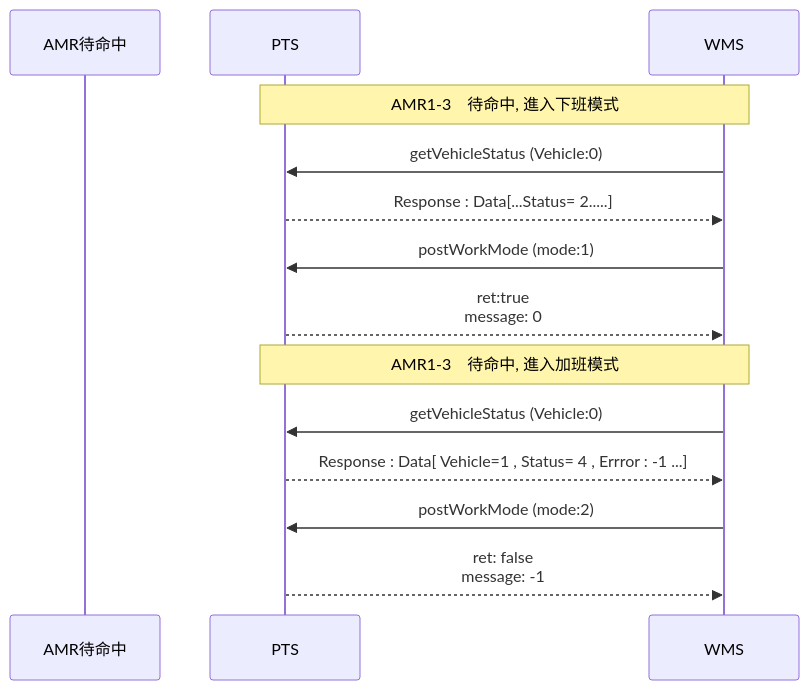
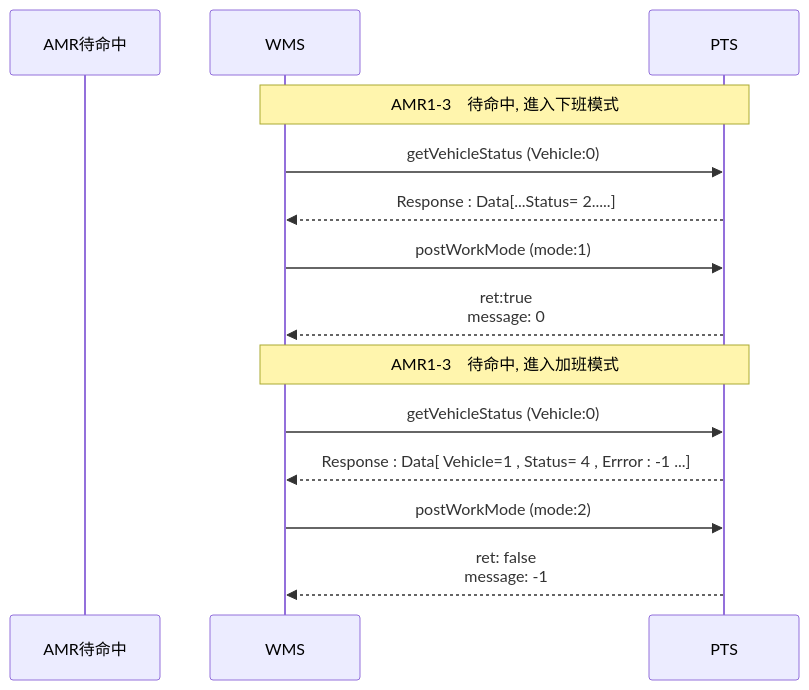
The ninth of 10 diagrams in README.md (athena-tircgo/amr-wms-lsj), drawn with Mermaid before and after one commit. The commit also changed other lines of this file, not shown here.

````diff
--- a/README.md
+++ b/README.md
@@ -457,22 +459,23 @@
 ```mermaid
 sequenceDiagram
     participant AMR待命中
+    participant WMS
     participant PTS
-    participant WMS
+    
 
 note over PTS,WMS: AMR1-3　待命中, 進入下班模式
 
      WMS->>PTS:getVehicleStatus (Vehicle:0)
      PTS-->>WMS : Response :  Data[...Status= 2.....]
 
      WMS->>PTS: postWorkMode (mode:1)
      PTS-->>WMS : ret:true <br> message: 0
 
 
 note over PTS,WMS:  AMR1-3　待命中, 進入加班模式
 　　　WMS->>PTS:getVehicleStatus (Vehicle:0)
      PTS-->>WMS : Response :  Data[ Vehicle=1 , Status= 4 , Errror : -1 ...]
 
      WMS->>PTS: postWorkMode (mode:2)
      PTS-->>WMS : ret: false <br> message: -1
 ```
````
